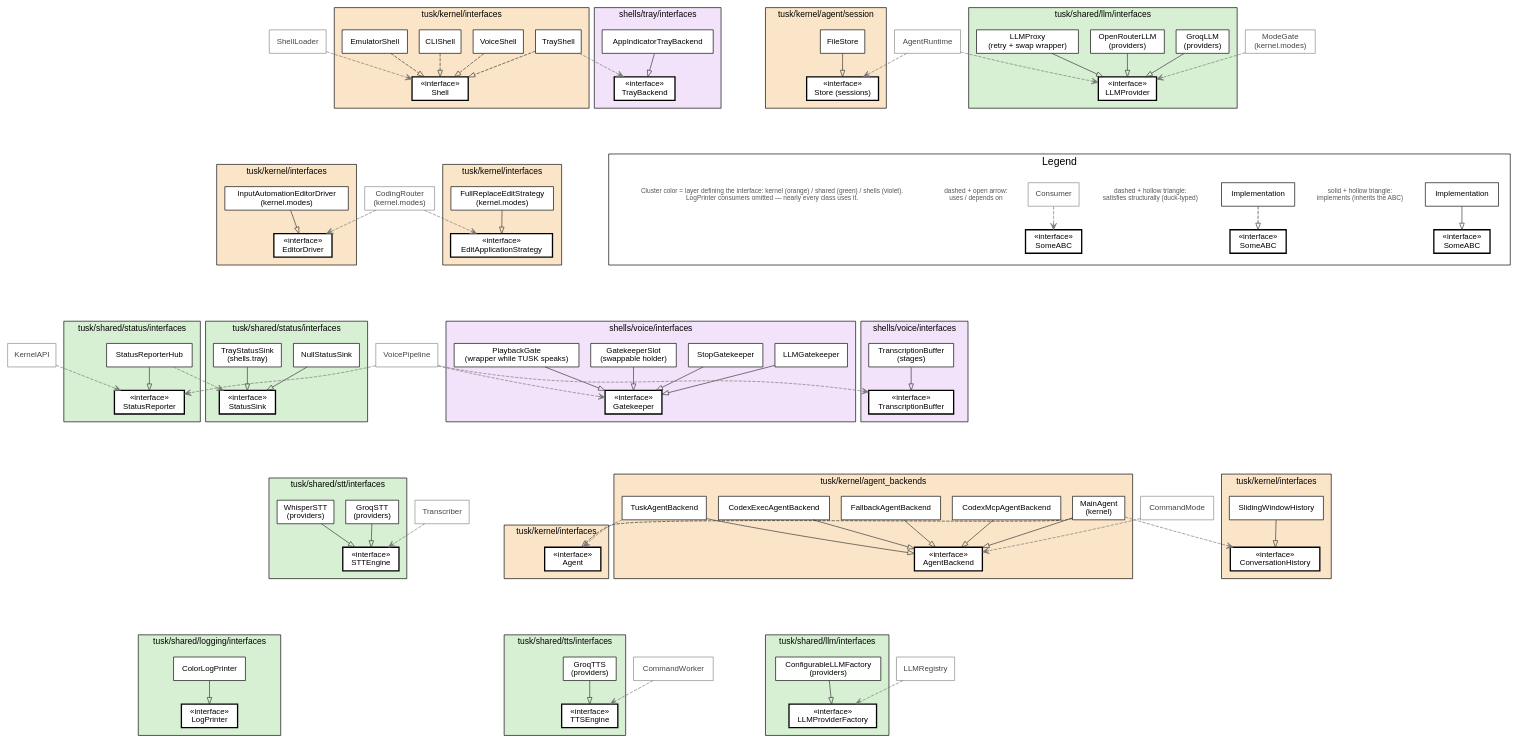
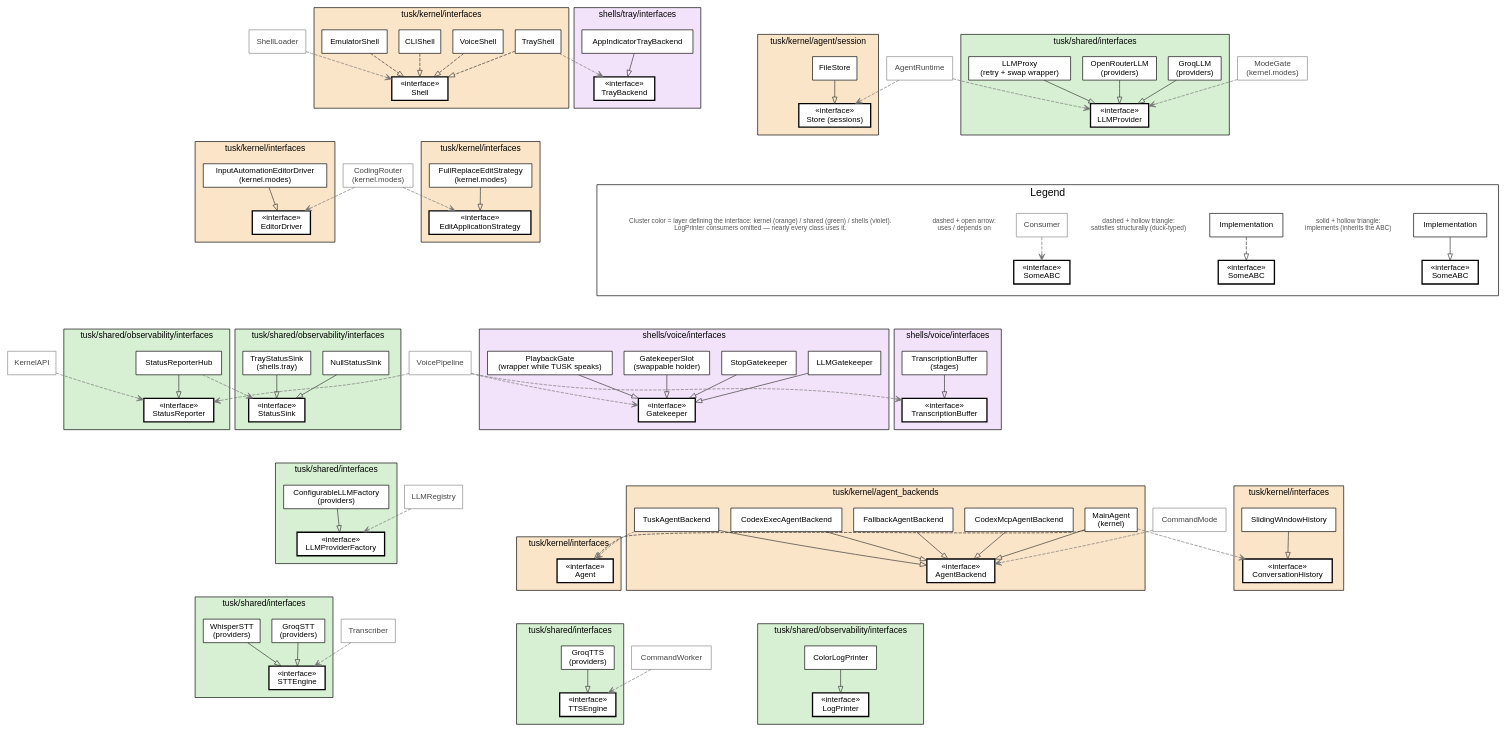
The diagram in docs/diagrams/interfaces.dot (vovka/tusk), drawn with Graphviz before and after one commit. The commit also changed 146 other files, not shown here.

First line of the commit message:
Flatten tusk/shared into six packages plus two modules

```diff
--- a/docs/diagrams/interfaces.dot
+++ b/docs/diagrams/interfaces.dot
@@ -1,196 +1,196 @@
 // TUSK interface map — hand-maintained (unlike full-class-graph.dot, which is generated).
 // Every ABC, its implementations, and its key consumers.
 // Render: fdp -Tsvg interfaces.dot -o interfaces.svg
 //   (fdp 2D-packs the per-interface clusters; dot would stack them in one long column)
 // Cluster tint = layer that DEFINES the interface:
 //   kernel #fbe5c8 | shared #d7f0d3 | shells #f3e3fa
 digraph tusk_interfaces {
   fontname="Helvetica";
   overlap="prism";
   splines=true;
   pack=true;
   packmode="clust";
   sep="+14";
   esep="+6";
   node [shape=box, style=filled, fillcolor="white", fontname="Helvetica", fontsize=12];
   edge [fontname="Helvetica", fontsize=10, color="#333333"];
 
   // Legend nodes are pinned (pos=...!) so fdp cannot scatter them.
   subgraph cluster_legend {
     label="Legend"; fontsize=16; style=filled; fillcolor="#ffffff"; margin=18;
     Leg_impl [label="Implementation", pos="0,3.2!"];
     Leg_if1 [label="«interface»\nSomeABC", penwidth=2, pos="2.4,3.2!"];
     Leg_impl -> Leg_if1 [arrowhead=empty];
     Leg_cap1 [shape=plaintext, fontsize=10, fontcolor="#555555", pos="5.0,3.2!",
       label="solid + hollow triangle:\nimplements (inherits the ABC)"];
 
     Leg_duck [label="Implementation", pos="0,2.3!"];
     Leg_if2 [label="«interface»\nSomeABC", penwidth=2, pos="2.4,2.3!"];
     Leg_duck -> Leg_if2 [arrowhead=empty, style=dashed];
     Leg_cap2 [shape=plaintext, fontsize=10, fontcolor="#555555", pos="5.0,2.3!",
       label="dashed + hollow triangle:\nsatisfies structurally (duck-typed)"];
 
     Leg_user [label="Consumer", color="#888888", fontcolor="#444444", pos="0,1.4!"];
     Leg_if3 [label="«interface»\nSomeABC", penwidth=2, pos="2.4,1.4!"];
     Leg_user -> Leg_if3 [arrowhead=vee, style=dashed, color="#777777"];
     Leg_cap3 [shape=plaintext, fontsize=10, fontcolor="#555555", pos="5.0,1.4!",
       label="dashed + open arrow:\nuses / depends on"];
 
     Leg_note [shape=plaintext, fontsize=10, fontcolor="#555555", pos="2.6,0.5!",
       label="Cluster color = layer defining the interface: kernel (orange) / shared (green) / shells (violet).\nLogPrinter consumers omitted — nearly every class uses it."];
   }
 
   // ---------------- kernel-defined interfaces ----------------
 
   subgraph cluster_agent {
     label="tusk/kernel/interfaces"; fontsize=13; style=filled; fillcolor="#fbe5c8"; margin=12;
     I_Agent [label="«interface»\nAgent", penwidth=2];
   }
   subgraph cluster_shell {
     label="tusk/kernel/interfaces"; fontsize=13; style=filled; fillcolor="#fbe5c8"; margin=12;
     I_Shell [label="«interface»\nShell", penwidth=2];
     VoiceShell; CLIShell; EmulatorShell; TrayShell;
     VoiceShell -> I_Shell [arrowhead=empty, style=dashed];
     CLIShell -> I_Shell [arrowhead=empty, style=dashed];
     EmulatorShell -> I_Shell [arrowhead=empty, style=dashed];
     TrayShell -> I_Shell [arrowhead=empty, style=dashed];
   }
   subgraph cluster_history {
     label="tusk/kernel/interfaces"; fontsize=13; style=filled; fillcolor="#fbe5c8"; margin=12;
     I_ConversationHistory [label="«interface»\nConversationHistory", penwidth=2];
     SlidingWindowHistory -> I_ConversationHistory [arrowhead=empty];
   }
   subgraph cluster_driver {
     label="tusk/kernel/interfaces"; fontsize=13; style=filled; fillcolor="#fbe5c8"; margin=12;
     I_EditorDriver [label="«interface»\nEditorDriver", penwidth=2];
     InputAutomationEditorDriver [label="InputAutomationEditorDriver\n(kernel.modes)"];
     InputAutomationEditorDriver -> I_EditorDriver [arrowhead=empty];
   }
   subgraph cluster_strategy {
     label="tusk/kernel/interfaces"; fontsize=13; style=filled; fillcolor="#fbe5c8"; margin=12;
     I_EditApplicationStrategy [label="«interface»\nEditApplicationStrategy", penwidth=2];
     FullReplaceEditStrategy [label="FullReplaceEditStrategy\n(kernel.modes)"];
     FullReplaceEditStrategy -> I_EditApplicationStrategy [arrowhead=empty];
   }
   subgraph cluster_backend {
     label="tusk/kernel/agent_backends"; fontsize=13; style=filled; fillcolor="#fbe5c8"; margin=12;
     I_AgentBackend [label="«interface»\nAgentBackend", penwidth=2];
     MainAgent [label="MainAgent\n(kernel)"];
     TuskAgentBackend; CodexExecAgentBackend; CodexMcpAgentBackend; FallbackAgentBackend;
     MainAgent -> I_AgentBackend [arrowhead=empty];
     TuskAgentBackend -> I_AgentBackend [arrowhead=empty];
     CodexExecAgentBackend -> I_AgentBackend [arrowhead=empty];
     CodexMcpAgentBackend -> I_AgentBackend [arrowhead=empty];
     FallbackAgentBackend -> I_AgentBackend [arrowhead=empty];
   }
   subgraph cluster_store {
     label="tusk/kernel/agent/session"; fontsize=13; style=filled; fillcolor="#fbe5c8"; margin=12;
     I_Store [label="«interface»\nStore (sessions)", penwidth=2];
     FileStore -> I_Store [arrowhead=empty];
   }
 
   // ---------------- shared-defined interfaces ----------------
 
   subgraph cluster_llm {
-    label="tusk/shared/llm/interfaces"; fontsize=13; style=filled; fillcolor="#d7f0d3"; margin=12;
+    label="tusk/shared/interfaces"; fontsize=13; style=filled; fillcolor="#d7f0d3"; margin=12;
     I_LLMProvider [label="«interface»\nLLMProvider", penwidth=2];
     GroqLLM [label="GroqLLM\n(providers)"];
     OpenRouterLLM [label="OpenRouterLLM\n(providers)"];
     LLMProxy [label="LLMProxy\n(retry + swap wrapper)"];
     GroqLLM -> I_LLMProvider [arrowhead=empty];
     OpenRouterLLM -> I_LLMProvider [arrowhead=empty];
     LLMProxy -> I_LLMProvider [arrowhead=empty];
   }
   subgraph cluster_llmfactory {
-    label="tusk/shared/llm/interfaces"; fontsize=13; style=filled; fillcolor="#d7f0d3"; margin=12;
+    label="tusk/shared/interfaces"; fontsize=13; style=filled; fillcolor="#d7f0d3"; margin=12;
     I_LLMProviderFactory [label="«interface»\nLLMProviderFactory", penwidth=2];
     ConfigurableLLMFactory [label="ConfigurableLLMFactory\n(providers)"];
     ConfigurableLLMFactory -> I_LLMProviderFactory [arrowhead=empty];
   }
   subgraph cluster_log {
-    label="tusk/shared/logging/interfaces"; fontsize=13; style=filled; fillcolor="#d7f0d3"; margin=12;
+    label="tusk/shared/observability/interfaces"; fontsize=13; style=filled; fillcolor="#d7f0d3"; margin=12;
     I_LogPrinter [label="«interface»\nLogPrinter", penwidth=2];
     ColorLogPrinter -> I_LogPrinter [arrowhead=empty];
   }
   subgraph cluster_reporter {
-    label="tusk/shared/status/interfaces"; fontsize=13; style=filled; fillcolor="#d7f0d3"; margin=12;
+    label="tusk/shared/observability/interfaces"; fontsize=13; style=filled; fillcolor="#d7f0d3"; margin=12;
     I_StatusReporter [label="«interface»\nStatusReporter", penwidth=2];
     StatusReporterHub -> I_StatusReporter [arrowhead=empty];
   }
   subgraph cluster_sink {
-    label="tusk/shared/status/interfaces"; fontsize=13; style=filled; fillcolor="#d7f0d3"; margin=12;
+    label="tusk/shared/observability/interfaces"; fontsize=13; style=filled; fillcolor="#d7f0d3"; margin=12;
     I_StatusSink [label="«interface»\nStatusSink", penwidth=2];
     NullStatusSink;
     TrayStatusSink [label="TrayStatusSink\n(shells.tray)"];
     NullStatusSink -> I_StatusSink [arrowhead=empty];
     TrayStatusSink -> I_StatusSink [arrowhead=empty];
   }
   subgraph cluster_stt {
-    label="tusk/shared/stt/interfaces"; fontsize=13; style=filled; fillcolor="#d7f0d3"; margin=12;
+    label="tusk/shared/interfaces"; fontsize=13; style=filled; fillcolor="#d7f0d3"; margin=12;
     I_STTEngine [label="«interface»\nSTTEngine", penwidth=2];
     GroqSTT [label="GroqSTT\n(providers)"];
     WhisperSTT [label="WhisperSTT\n(providers)"];
     GroqSTT -> I_STTEngine [arrowhead=empty];
     WhisperSTT -> I_STTEngine [arrowhead=empty];
   }
   subgraph cluster_tts {
-    label="tusk/shared/tts/interfaces"; fontsize=13; style=filled; fillcolor="#d7f0d3"; margin=12;
+    label="tusk/shared/interfaces"; fontsize=13; style=filled; fillcolor="#d7f0d3"; margin=12;
     I_TTSEngine [label="«interface»\nTTSEngine", penwidth=2];
     GroqTTS [label="GroqTTS\n(providers)"];
     GroqTTS -> I_TTSEngine [arrowhead=empty];
   }
 
   // ---------------- shell-defined interfaces ----------------
 
   subgraph cluster_gatekeeper {
     label="shells/voice/interfaces"; fontsize=13; style=filled; fillcolor="#f3e3fa"; margin=12;
     I_Gatekeeper [label="«interface»\nGatekeeper", penwidth=2];
     LLMGatekeeper; StopGatekeeper;
     GatekeeperSlot [label="GatekeeperSlot\n(swappable holder)"];
     PlaybackGate [label="PlaybackGate\n(wrapper while TUSK speaks)"];
     LLMGatekeeper -> I_Gatekeeper [arrowhead=empty];
     StopGatekeeper -> I_Gatekeeper [arrowhead=empty];
     GatekeeperSlot -> I_Gatekeeper [arrowhead=empty];
     PlaybackGate -> I_Gatekeeper [arrowhead=empty];
   }
   subgraph cluster_buffer {
     label="shells/voice/interfaces"; fontsize=13; style=filled; fillcolor="#f3e3fa"; margin=12;
     I_TranscriptionBuffer [label="«interface»\nTranscriptionBuffer", penwidth=2];
     TranscriptionBufferImpl [label="TranscriptionBuffer\n(stages)"];
     TranscriptionBufferImpl -> I_TranscriptionBuffer [arrowhead=empty];
   }
   subgraph cluster_tray {
     label="shells/tray/interfaces"; fontsize=13; style=filled; fillcolor="#f3e3fa"; margin=12;
     I_TrayBackend [label="«interface»\nTrayBackend", penwidth=2];
     AppIndicatorTrayBackend -> I_TrayBackend [arrowhead=empty];
   }
 
   // ---------------- cross-cluster relations ----------------
 
   MainAgent -> I_Agent [arrowhead=empty, style=dashed];
   TuskAgentBackend -> I_Agent [arrowhead=vee, style=dashed, color="#777777"];
   MainAgent -> I_ConversationHistory [arrowhead=vee, style=dashed, color="#777777"];
 
   // ---------------- consumers ----------------
 
   node [color="#888888", fontcolor="#444444"];
 
   CommandMode -> I_AgentBackend [arrowhead=vee, style=dashed, color="#777777"];
   ShellLoader -> I_Shell [arrowhead=vee, style=dashed, color="#777777"];
   KernelAPI -> I_StatusReporter [arrowhead=vee, style=dashed, color="#777777"];
   AgentRuntime -> I_Store [arrowhead=vee, style=dashed, color="#777777"];
   AgentRuntime -> I_LLMProvider [arrowhead=vee, style=dashed, color="#777777", label=" via AgentProfile"];
   ModeGate [label="ModeGate\n(kernel.modes)"];
   ModeGate -> I_LLMProvider [arrowhead=vee, style=dashed, color="#777777"];
   LLMRegistry -> I_LLMProviderFactory [arrowhead=vee, style=dashed, color="#777777"];
   CodingRouter [label="CodingRouter\n(kernel.modes)"];
   CodingRouter -> I_EditorDriver [arrowhead=vee, style=dashed, color="#777777"];
   CodingRouter -> I_EditApplicationStrategy [arrowhead=vee, style=dashed, color="#777777"];
   Transcriber -> I_STTEngine [arrowhead=vee, style=dashed, color="#777777"];
   CommandWorker -> I_TTSEngine [arrowhead=vee, style=dashed, color="#777777"];
   VoicePipeline -> I_Gatekeeper [arrowhead=vee, style=dashed, color="#777777"];
   VoicePipeline -> I_TranscriptionBuffer [arrowhead=vee, style=dashed, color="#777777"];
   VoicePipeline -> I_StatusReporter [arrowhead=vee, style=dashed, color="#777777"];
   StatusReporterHub -> I_StatusSink [arrowhead=vee, style=dashed, color="#777777"];
   TrayShell -> I_TrayBackend [arrowhead=vee, style=dashed, color="#777777"];
 }
```
